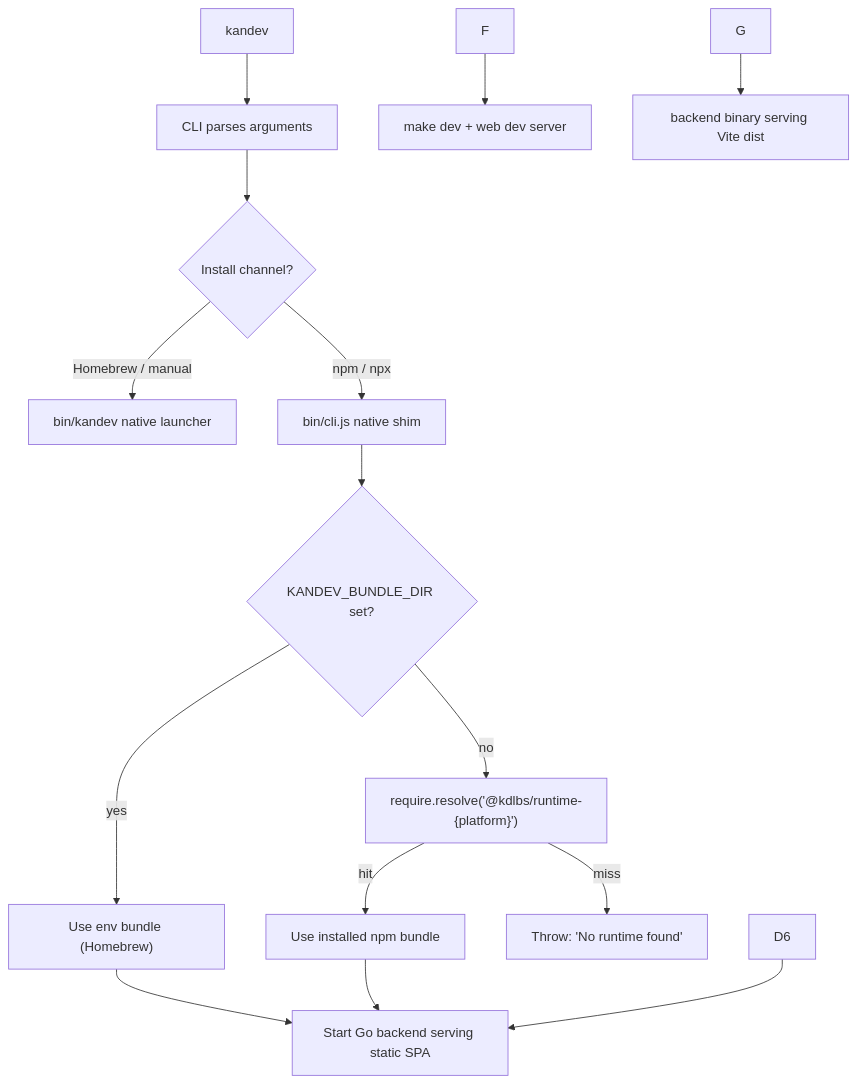
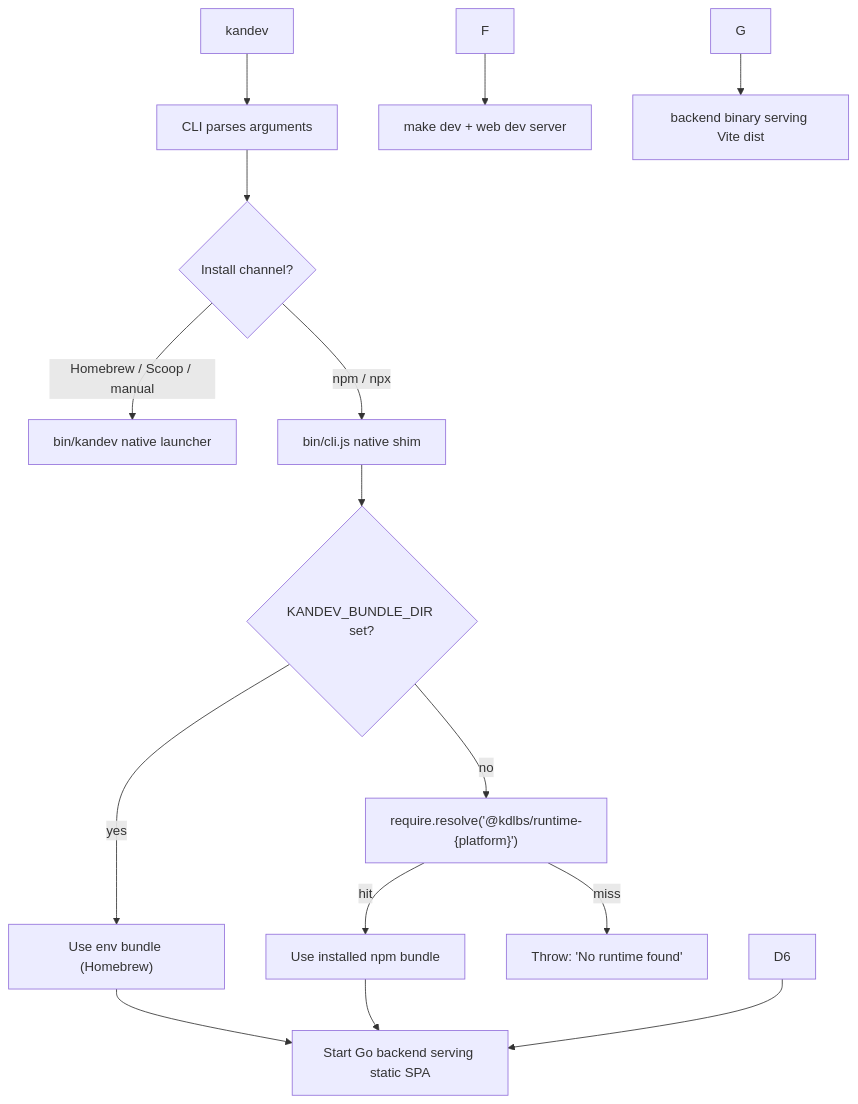
The diagram in apps/cli/README_internal.md (Aulma/kandev), drawn with Mermaid before and after one commit. The commit also changed other lines of this file and 18 other files, not shown here.

````diff
--- a/apps/cli/README_internal.md
+++ b/apps/cli/README_internal.md
@@ -5,21 +5,21 @@
 ```mermaid
 flowchart TD
     A["kandev"] --> B["CLI parses arguments"]
     B --> C{"Install channel?"}
 
-    C -->|Homebrew / manual| H["bin/kandev native launcher"]
+    C -->|Homebrew / Scoop / manual| H["bin/kandev native launcher"]
     C -->|npm / npx| D["bin/cli.js native shim"]
 
     D --> D1{"KANDEV_BUNDLE_DIR set?"}
     D1 -->|yes| D2["Use env bundle (Homebrew)"]
     D1 -->|no| D3["require.resolve('@kdlbs/runtime-{platform}')"]
     D3 -->|hit| D4["Use installed npm bundle"]
     D3 -->|miss| D5["Throw: 'No runtime found'"]
 
     D2 --> E["Start Go backend serving static SPA"]
     D4 --> E
     D6 --> E
 
     F --> F1["make dev + web dev server"]
     G --> G1["backend binary serving Vite dist"]
 ```
````
